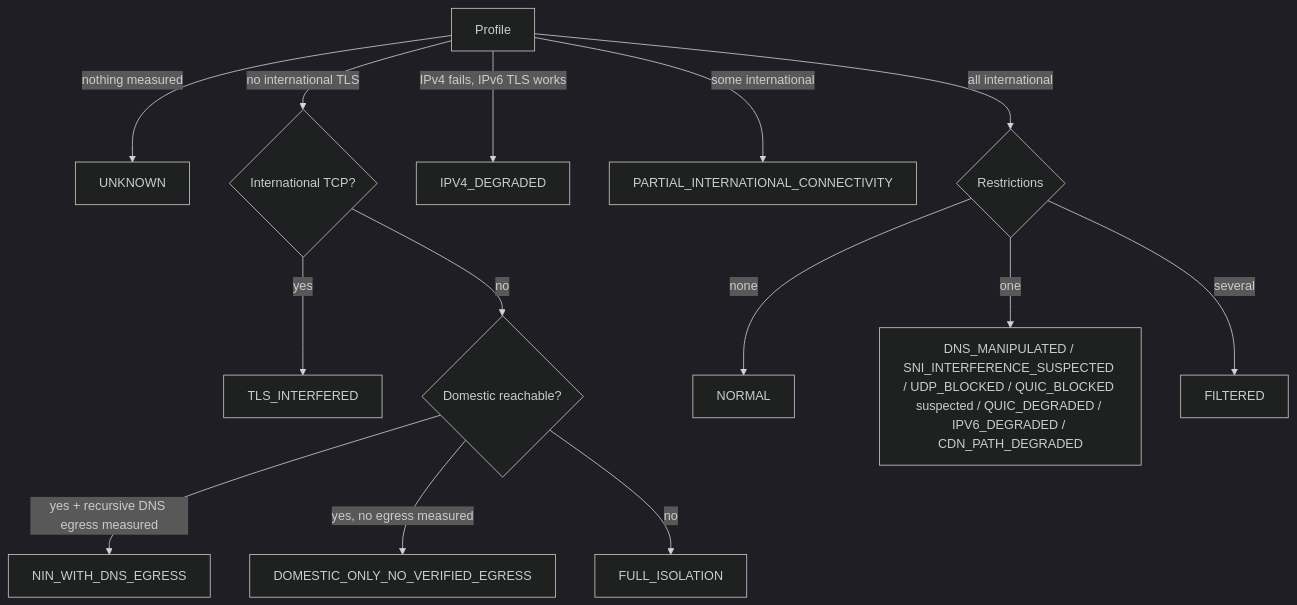
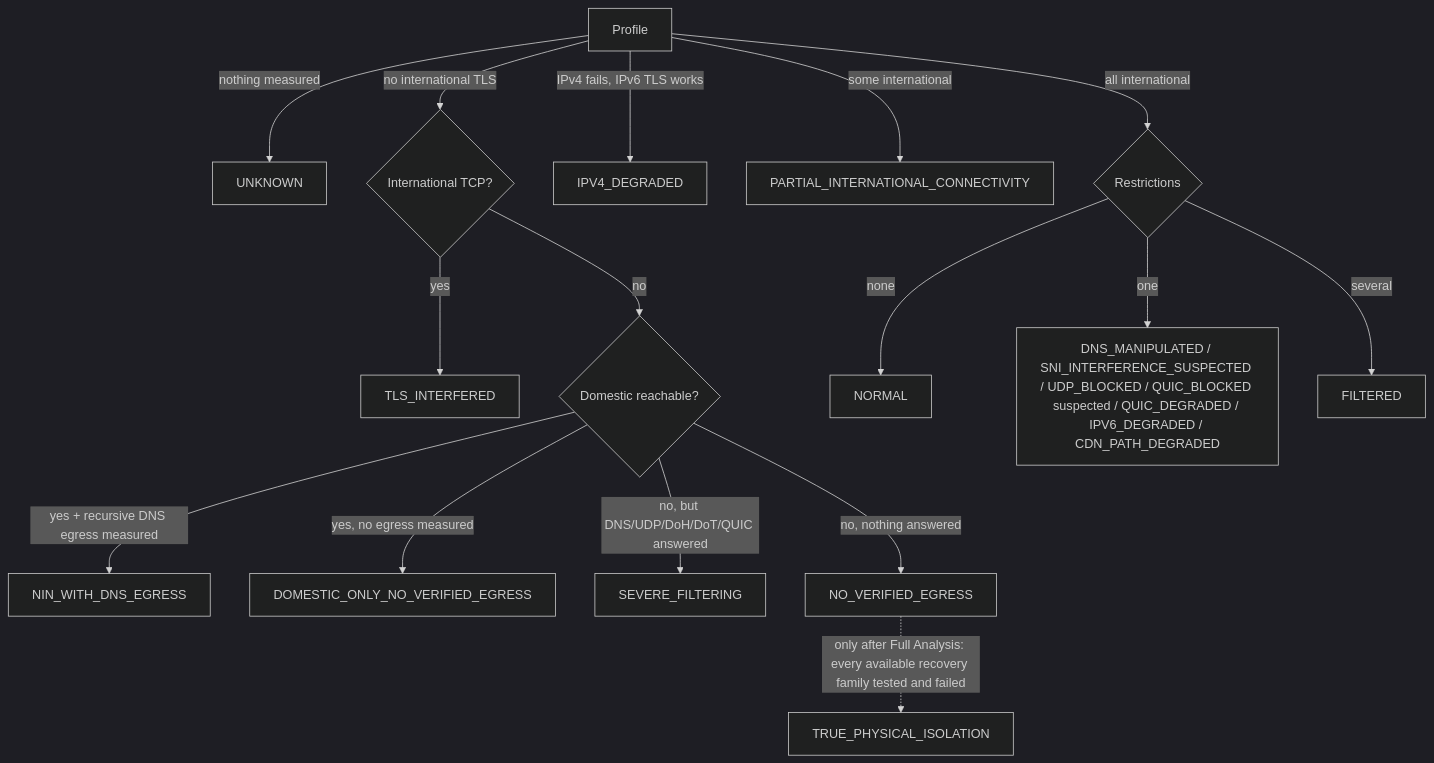
Before and after one commit to drfxai/MAXIMUS-VPN: the first of 3 diagrams in docs/MAXIMUS_NETWORK_STATE.md, drawn with Mermaid (dark theme). The commit also changed other lines of this file and 24 other files, not shown here.

First line of the commit message:
Autonomous LAB V5: adaptive replanning, live recovery, honest isolation

````diff
--- a/docs/MAXIMUS_NETWORK_STATE.md
+++ b/docs/MAXIMUS_NETWORK_STATE.md
@@ -26,16 +26,18 @@
 ```mermaid
 flowchart TD
   P[Profile] -->|nothing measured| U[UNKNOWN]
   P -->|no international TLS| X{International TCP?}
   X -->|yes| TI[TLS_INTERFERED]
   X -->|no| D{Domestic reachable?}
   P -->|IPv4 fails, IPv6 TLS works| V4[IPV4_DEGRADED]
   D -->|yes + recursive DNS egress measured| N[NIN_WITH_DNS_EGRESS]
   D -->|yes, no egress measured| DO[DOMESTIC_ONLY_NO_VERIFIED_EGRESS]
-  D -->|no| FI[FULL_ISOLATION]
+  D -->|no, but DNS/UDP/DoH/DoT/QUIC answered| SF[SEVERE_FILTERING]
+  D -->|no, nothing answered| NV[NO_VERIFIED_EGRESS]
+  NV -.->|only after Full Analysis: every available recovery family tested and failed| TI2[TRUE_PHYSICAL_ISOLATION]
   P -->|some international| PA[PARTIAL_INTERNATIONAL_CONNECTIVITY]
   P -->|all international| Rz{Restrictions}
   Rz -->|none| NO[NORMAL]
   Rz -->|one| ONE[DNS_MANIPULATED / SNI_INTERFERENCE_SUSPECTED / UDP_BLOCKED / QUIC_BLOCKED suspected / QUIC_DEGRADED / IPV6_DEGRADED / CDN_PATH_DEGRADED]
   Rz -->|several| F[FILTERED]
 ```
````
